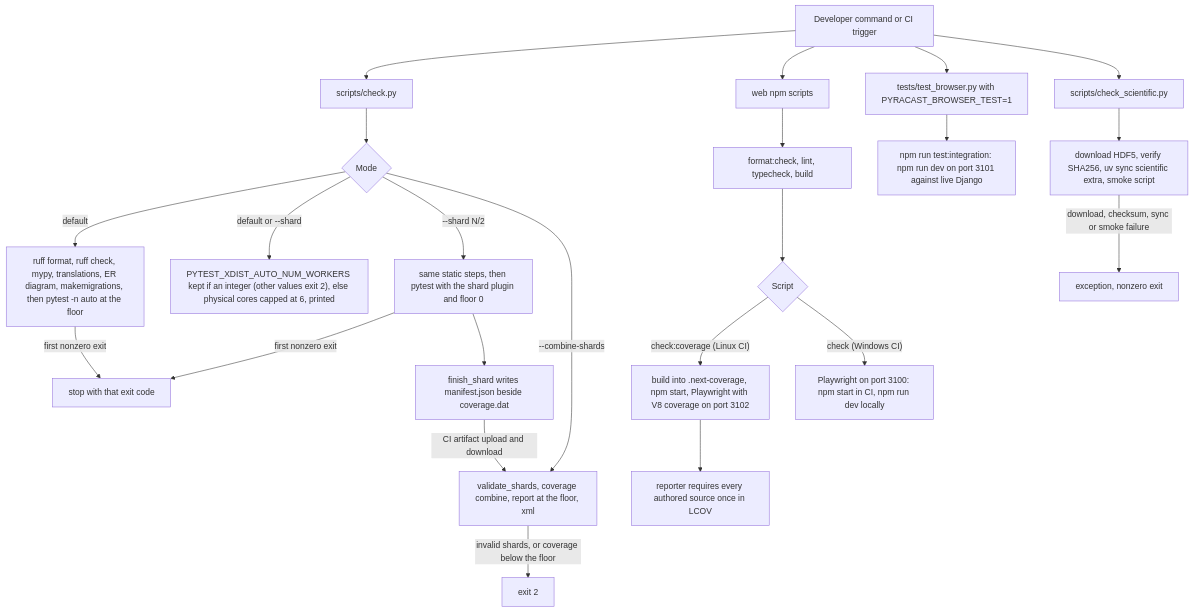
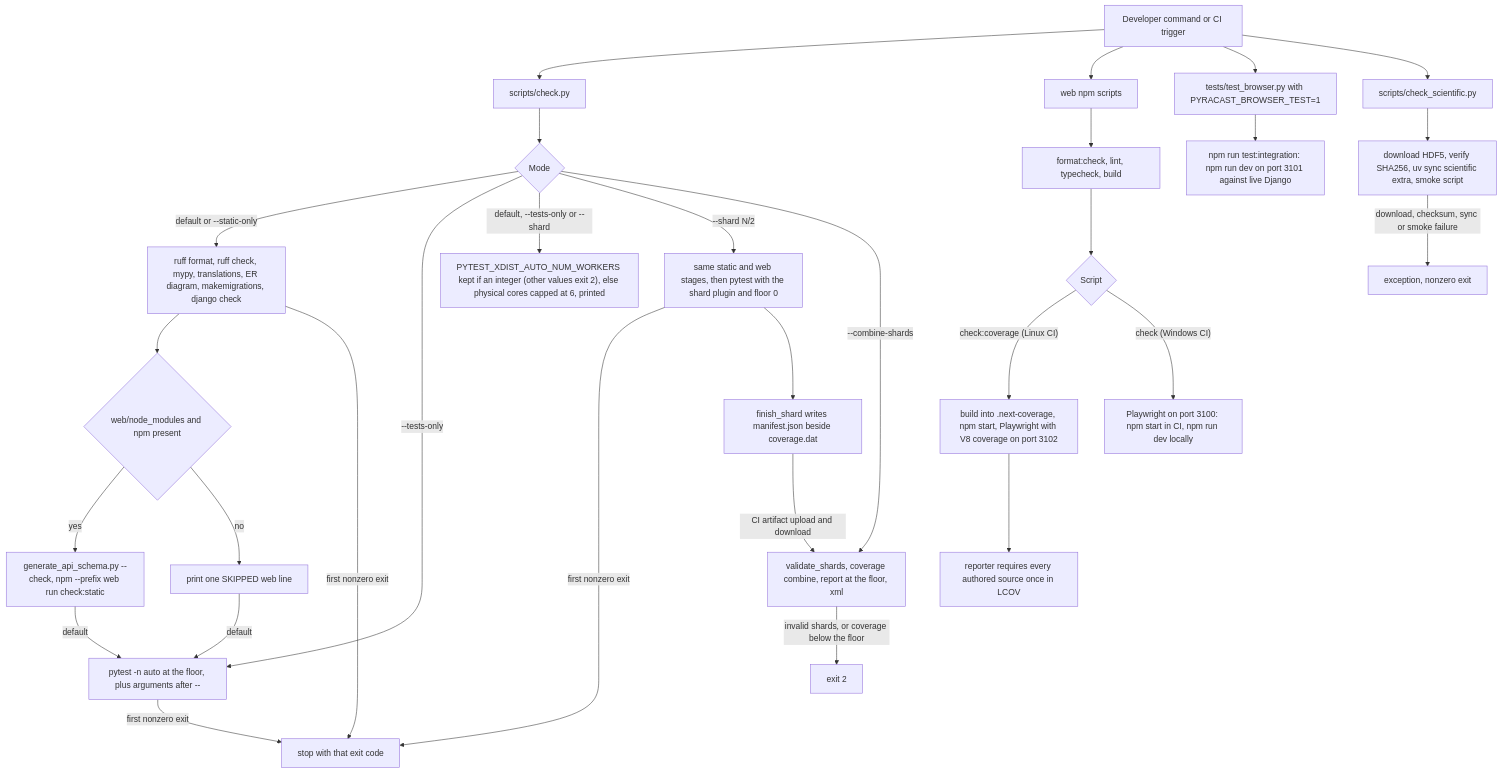
One commit to erkurtharun/pyracast changed the diagram in docs/flows/developer-quality-gate.md. Above: the diagram before and after it, drawn with Mermaid. The commit also changed other lines of this file and 10 other files, not shown here.

First line of the commit message:
Run Django, API schema and web static stages in the gate with stage selection and timing

````diff
--- a/docs/flows/developer-quality-gate.md
+++ b/docs/flows/developer-quality-gate.md
@@ -16,25 +16,32 @@
 ```mermaid
 flowchart TD
     trig["Developer command or CI trigger"] --> B["scripts/check.py"]
     trig --> W["web npm scripts"]
     trig --> BR["tests/test_browser.py with PYRACAST_BROWSER_TEST=1"]
     trig --> S["scripts/check_scientific.py"]
     B --> M{"Mode"}
-    M -->|"default"| F["ruff format, ruff check, mypy, translations, ER diagram, makemigrations, then pytest -n auto at the floor"]
-    M -->|"default or --shard"| N["PYTEST_XDIST_AUTO_NUM_WORKERS kept if an integer (other values exit 2), else physical cores capped at 6, printed"]
-    M -->|"--shard N/2"| H["same static steps, then pytest with the shard plugin and floor 0"]
+    M -->|"default or --static-only"| F["ruff format, ruff check, mypy, translations, ER diagram, makemigrations, django check"]
+    F --> WS{"web/node_modules and npm present"}
+    WS -->|"yes"| WG["generate_api_schema.py --check, npm --prefix web run check:static"]
+    WS -->|"no"| SK["print one SKIPPED web line"]
+    WG -->|"default"| P["pytest -n auto at the floor, plus arguments after --"]
+    SK -->|"default"| P
+    M -->|"--tests-only"| P
+    M -->|"default, --tests-only or --shard"| N["PYTEST_XDIST_AUTO_NUM_WORKERS kept if an integer (other values exit 2), else physical cores capped at 6, printed"]
+    M -->|"--shard N/2"| H["same static and web stages, then pytest with the shard plugin and floor 0"]
+    P -->|"first nonzero exit"| X
     M -->|"--combine-shards"| C["validate_shards, coverage combine, report at the floor, xml"]
     F -->|"first nonzero exit"| X["stop with that exit code"]
     H -->|"first nonzero exit"| X
     H --> K["finish_shard writes manifest.json beside coverage.dat"]
     K -->|"CI artifact upload and download"| C
     C -->|"invalid shards, or coverage below the floor"| X2["exit 2"]
     W --> V["format:check, lint, typecheck, build"]
     V --> R{"Script"}
     R -->|"check:coverage (Linux CI)"| TC["build into .next-coverage, npm start, Playwright with V8 coverage on port 3102"]
     R -->|"check (Windows CI)"| TN["Playwright on port 3100: npm start in CI, npm run dev locally"]
     TC --> LC["reporter requires every authored source once in LCOV"]
     BR --> I["npm run test:integration: npm run dev on port 3101 against live Django"]
     S --> D["download HDF5, verify SHA256, uv sync scientific extra, smoke script"]
     D -->|"download, checksum, sync or smoke failure"| E["exception, nonzero exit"]
 ```
````
